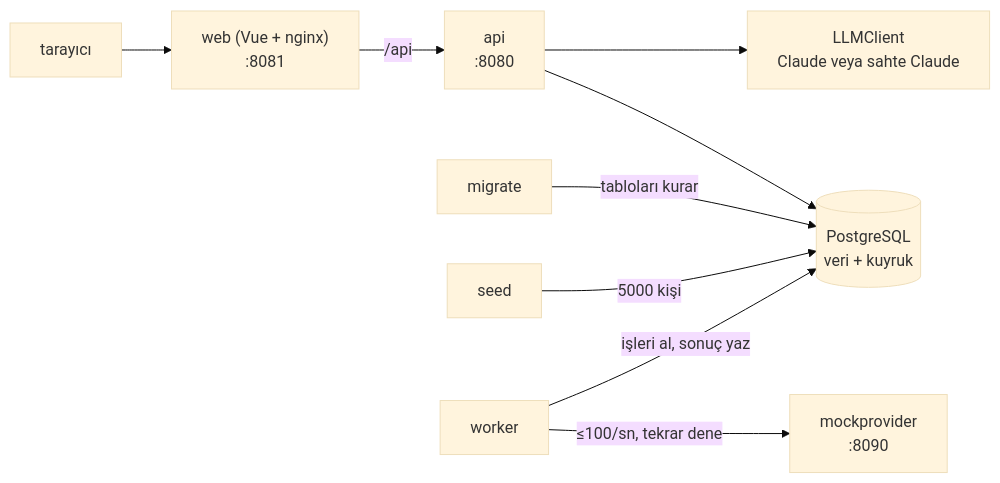
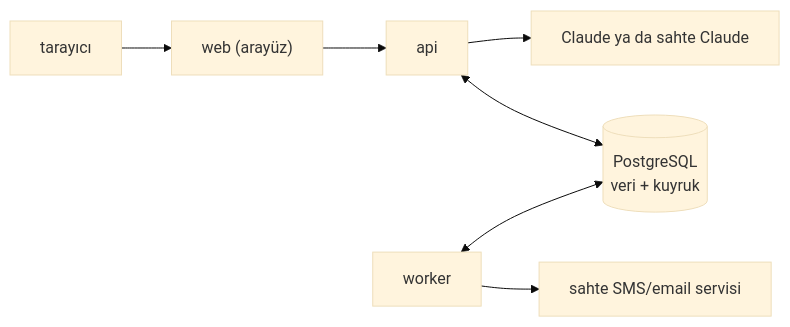
Before and after one commit to gulcint/smart-campaign-composer: the diagram in README.md, drawn with Mermaid (base theme). The commit also changed other lines of this file, not shown here.

````diff
--- a/README.md
+++ b/README.md
@@ -162,11 +79,9 @@
 ```mermaid
 flowchart LR
-  browser["tarayıcı"] --> web["web (Vue + nginx)<br/>:8081"]
-  web -- "/api" --> api["api<br/>:8080"]
-  api --> llm["LLMClient<br/>Claude veya sahte Claude"]
-  api --> db[("PostgreSQL<br/>veri + kuyruk")]
-  migrate["migrate"] -- "tabloları kurar" --> db
-  seed["seed"] -- "5000 kişi" --> db
-  worker["worker"] -- "işleri al, sonuç yaz" --> db
-  worker -- "≤100/sn, tekrar dene" --> mock["mockprovider<br/>:8090"]
+  browser["tarayıcı"] --> web["web (arayüz)"]
+  web --> api["api"]
+  api --> llm["Claude ya da sahte Claude"]
+  api <--> db[("PostgreSQL<br/>veri + kuyruk")]
+  worker["worker"] <--> db
+  worker --> mock["sahte SMS/email servisi"]
 ```
````
